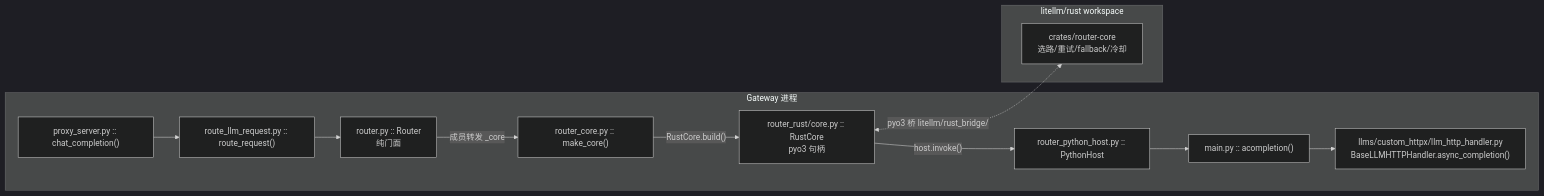
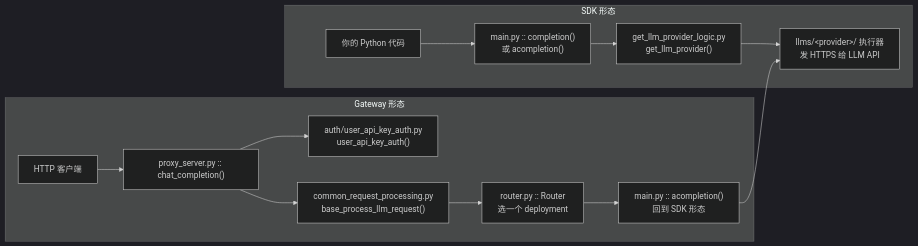
Before and after one commit to adrian9778/litellm: the diagram in docs/sourceReader/01-skeleton/01-what-is-litellm.md, drawn with Mermaid (dark theme). The commit also changed other lines of this file and 28 other files, not shown here.

````diff
--- a/docs/sourceReader/01-skeleton/01-what-is-litellm.md
+++ b/docs/sourceReader/01-skeleton/01-what-is-litellm.md
@@ -82,16 +73,16 @@
 ```mermaid
 flowchart LR
-    subgraph Gateway 进程
-        CC["proxy_server.py :: chat_completion()"] --> RRP["route_llm_request.py :: route_request()"]
-        RRP --> R["router.py :: Router<br/>纯门面"]
-        R -->|"成员转发 _core"| RC["router_core.py :: make_core()"]
-        RC -->|"RustCore.build()"| RS["router_rust/core.py :: RustCore<br/>pyo3 句柄"]
-        RS -->|"host.invoke()"| PH["router_python_host.py :: PythonHost"]
-        PH --> SDK["main.py :: acompletion()"]
-        SDK --> BASE["llms/custom_httpx/llm_http_handler.py<br/>BaseLLMHTTPHandler.async_completion()"]
+    subgraph SDK 形态
+        PY["你的 Python 代码"] --> C["main.py :: completion()<br/>或 acompletion()"]
+        C --> GLP["get_llm_provider_logic.py<br/>get_llm_provider()"]
+        GLP --> EX["llms/&lt;provider&gt;/ 执行器<br/>发 HTTPS 给 LLM API"]
     end
-    subgraph litellm/rust workspace
-        RSC["crates/router-core<br/>选路/重试/fallback/冷却"]
+    subgraph Gateway 形态
+        HTTP["HTTP 客户端"] --> EP["proxy_server.py :: chat_completion()"]
+        EP --> AUTH["auth/user_api_key_auth.py<br/>user_api_key_auth()"]
+        EP --> PROC["common_request_processing.py<br/>base_process_llm_request()"]
+        PROC --> RT["router.py :: Router<br/>选一个 deployment"]
+        RT --> AC["main.py :: acompletion()<br/>回到 SDK 形态"]
+        AC --> EX
     end
-    RS <-.->|pyo3 桥 litellm/rust_bridge/| RSC
 ```
````
